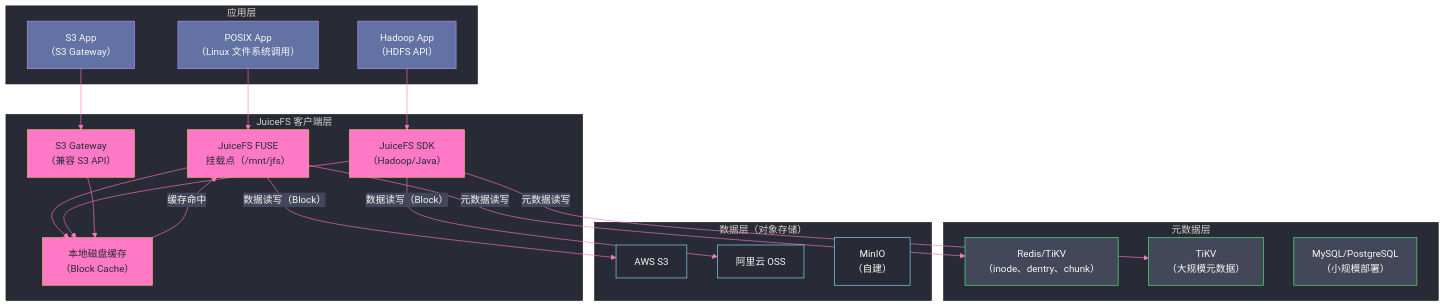
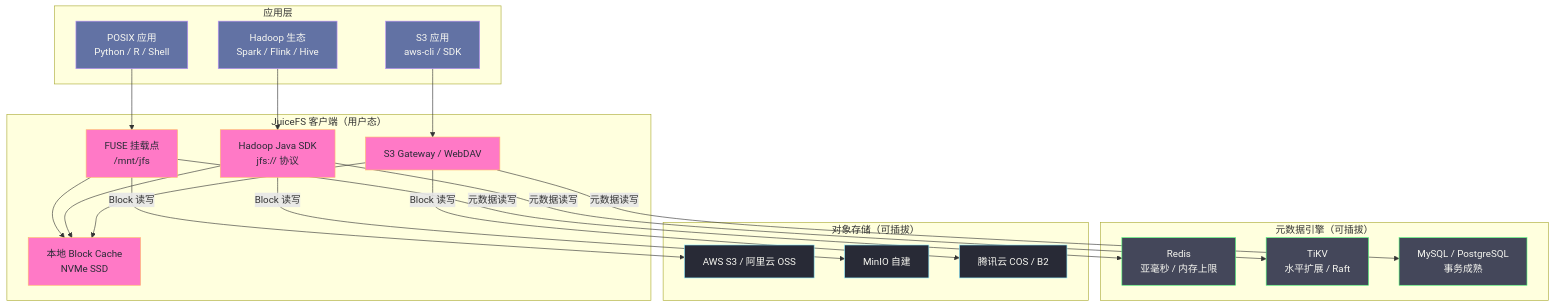
One commit to hpliStartAgain/my-brain changed the first of 4 diagrams in content/中间件/JuiceFS/01 JuiceFS 全局架构——元数据引擎与对象存储的分离设计.md. Above: the diagram before and after it, drawn with Mermaid. The commit also changed other lines of this file and 56 other files, not shown here.

````diff
--- a/content/中间件/JuiceFS/01 JuiceFS 全局架构——元数据引擎与对象存储的分离设计.md
+++ b/content/中间件/JuiceFS/01 JuiceFS 全局架构——元数据引擎与对象存储的分离设计.md
@@ -53,49 +146,50 @@
 ```mermaid
-%%{init: {'theme': 'base', 'themeVariables': {'primaryColor': '#6272a4', 'primaryTextColor': '#f8f8f2', 'primaryBorderColor': '#bd93f9', 'lineColor': '#ff79c6', 'secondaryColor': '#44475a', 'tertiaryColor': '#282a36'}}}%%
+%%{init: {'theme': 'dracula'}}%%
 graph TD
-    subgraph "应用层"
-        APP1["POSIX App</br>（Linux 文件系统调用）"]
-        APP2["Hadoop App</br>（HDFS API）"]
-        APP3["S3 App</br>（S3 Gateway）"]
+    subgraph APP["应用层"]
+        POSIX["POSIX 应用<br/>Python / R / Shell"]
+        HADOOP["Hadoop 生态<br/>Spark / Flink / Hive"]
+        S3APP["S3 应用<br/>aws-cli / SDK"]
     end
 
-    subgraph "JuiceFS 客户端层"
-        FUSE["JuiceFS FUSE</br>挂载点（/mnt/jfs）"]
-        SDK["JuiceFS SDK</br>（Hadoop/Java）"]
-        GW["S3 Gateway</br>（兼容 S3 API）"]
-        CACHE["本地磁盘缓存</br>（Block Cache）"]
+    subgraph CLIENT["JuiceFS 客户端（用户态）"]
+        FUSE["FUSE 挂载点<br/>/mnt/jfs"]
+        SDK["Hadoop Java SDK<br/>jfs:// 协议"]
+        GW["S3 Gateway / WebDAV"]
+        BCACHE["本地 Block Cache<br/>NVMe SSD"]
     end
 
-    subgraph "元数据层"
-        REDIS["Redis/TiKV</br>（inode、dentry、chunk）"]
-        TIKV["TiKV</br>（大规模元数据）"]
-        MYSQL["MySQL/PostgreSQL</br>（小规模部署）"]
+    subgraph META["元数据引擎（可插拔）"]
+        REDIS["Redis<br/>亚毫秒 / 内存上限"]
+        TIKV["TiKV<br/>水平扩展 / Raft"]
+        SQL["MySQL / PostgreSQL<br/>事务成熟"]
     end
 
-    subgraph "数据层（对象存储）"
-        S3["AWS S3"]
-        OSS["阿里云 OSS"]
-        MINIO["MinIO</br>（自建）"]
+    subgraph DATA["对象存储（可插拔）"]
+        S3["AWS S3 / 阿里云 OSS"]
+        MINIO["MinIO 自建"]
+        COS["腾讯云 COS / B2"]
     end
 
-    APP1 --> FUSE
-    APP2 --> SDK
-    APP3 --> GW
-    FUSE --> CACHE
-    SDK --> CACHE
-    GW --> CACHE
+    POSIX --> FUSE
+    HADOOP --> SDK
+    S3APP --> GW
+    FUSE --> BCACHE
+    SDK --> BCACHE
+    GW --> BCACHE
     FUSE -- "元数据读写" --> REDIS
     SDK -- "元数据读写" --> TIKV
-    FUSE -- "数据读写（Block）" --> S3
-    SDK -- "数据读写（Block）" --> OSS
-    CACHE -- "缓存命中" --> FUSE
+    GW -- "元数据读写" --> SQL
+    FUSE -- "Block 读写" --> S3
+    SDK -- "Block 读写" --> MINIO
+    GW -- "Block 读写" --> COS
 
     classDef app fill:#6272a4,stroke:#bd93f9,color:#f8f8f2
-    classDef client fill:#ff79c6,stroke:#ffb86c,color:#282a36
+    classDef cli fill:#ff79c6,stroke:#ffb86c,color:#282a36
     classDef meta fill:#44475a,stroke:#50fa7b,color:#f8f8f2
     classDef data fill:#282a36,stroke:#8be9fd,color:#f8f8f2
-    class APP1,APP2,APP3 app
-    class FUSE,SDK,GW,CACHE client
-    class REDIS,TIKV,MYSQL meta
-    class S3,OSS,MINIO data
+    class POSIX,HADOOP,S3APP app
+    class FUSE,SDK,GW,BCACHE cli
+    class REDIS,TIKV,SQL meta
+    class S3,MINIO,COS data
 ```
````
